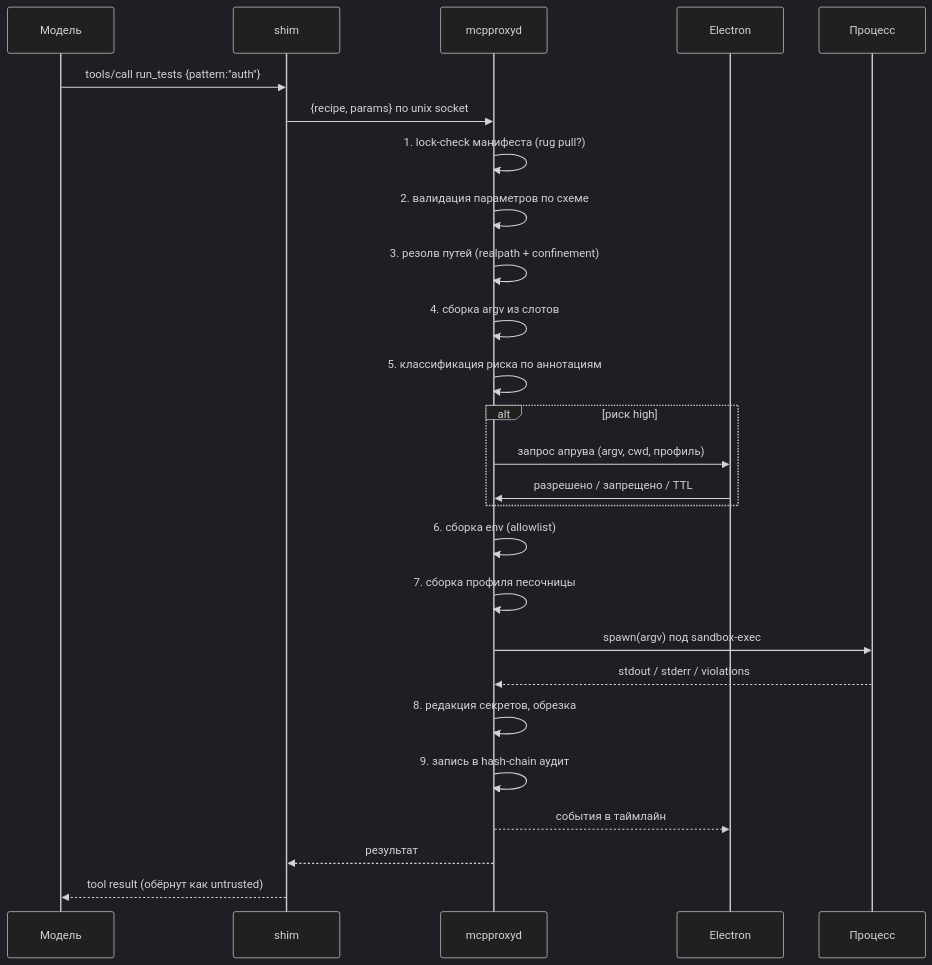
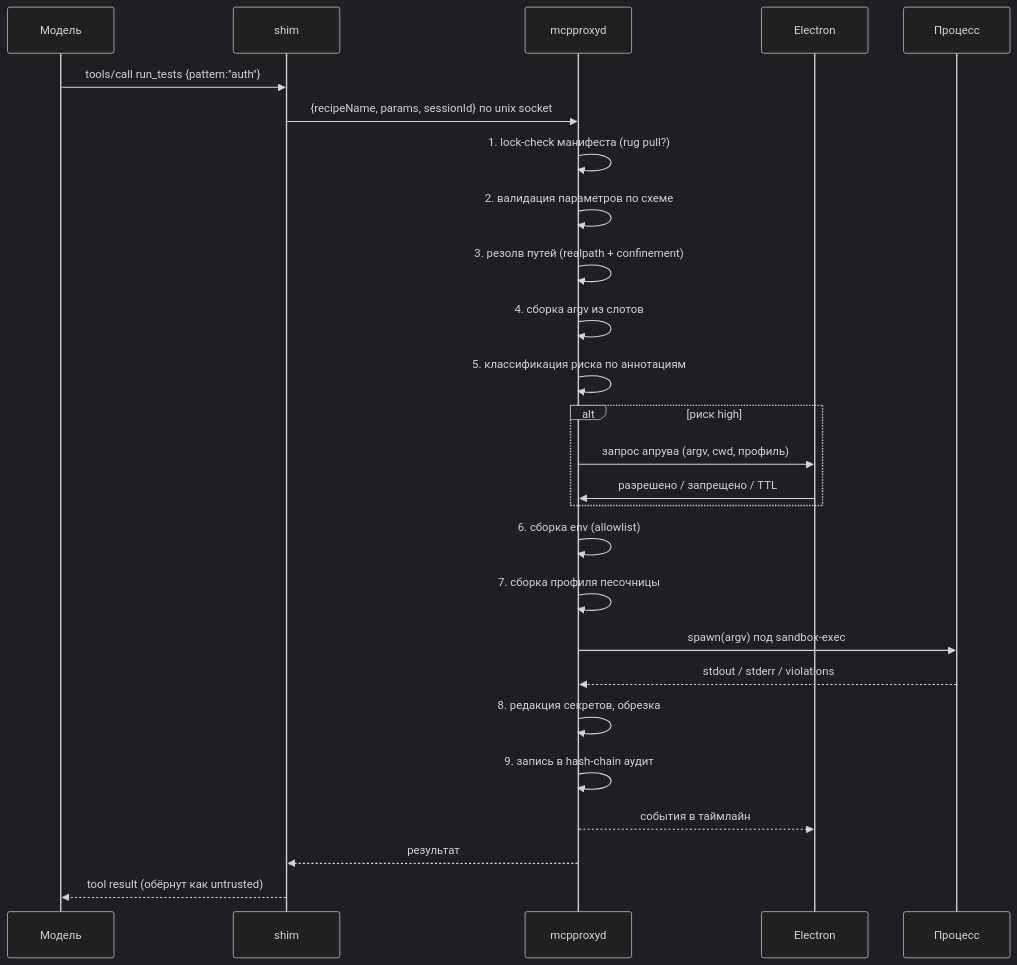
Before and after one commit to EgorKazachenko/mcpproxy: the second of 2 diagrams in docs/02-architecture.md, drawn with Mermaid (dark theme). The commit also changed other lines of this file and 6 other files, not shown here.

````diff
--- a/docs/02-architecture.md
+++ b/docs/02-architecture.md
@@ -106,29 +109,29 @@
 ```mermaid
 sequenceDiagram
     participant M as Модель
     participant S as shim
     participant D as mcpproxyd
     participant U as Electron
     participant P as Процесс
 
     M->>S: tools/call run_tests {pattern:"auth"}
-    S->>D: {recipe, params} по unix socket
+    S->>D: {recipeName, params, sessionId} по unix socket
     D->>D: 1. lock-check манифеста (rug pull?)
     D->>D: 2. валидация параметров по схеме
     D->>D: 3. резолв путей (realpath + confinement)
     D->>D: 4. сборка argv из слотов
     D->>D: 5. классификация риска по аннотациям
     alt риск high
         D->>U: запрос апрува (argv, cwd, профиль)
         U->>D: разрешено / запрещено / TTL
     end
     D->>D: 6. сборка env (allowlist)
     D->>D: 7. сборка профиля песочницы
     D->>P: spawn(argv) под sandbox-exec
     P-->>D: stdout / stderr / violations
     D->>D: 8. редакция секретов, обрезка
     D->>D: 9. запись в hash-chain аудит
     D-->>U: события в таймлайн
     D-->>S: результат
     S-->>M: tool result (обёрнут как untrusted)
 ```
````
